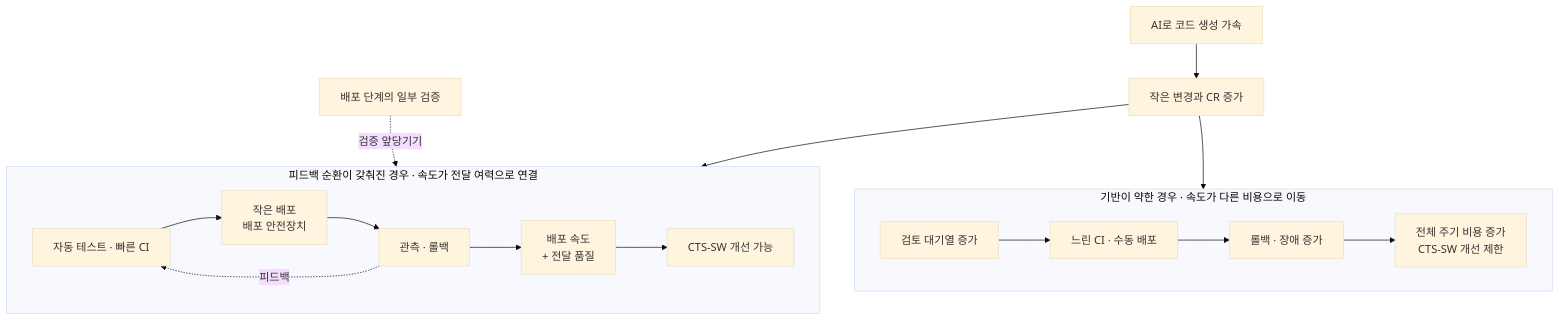
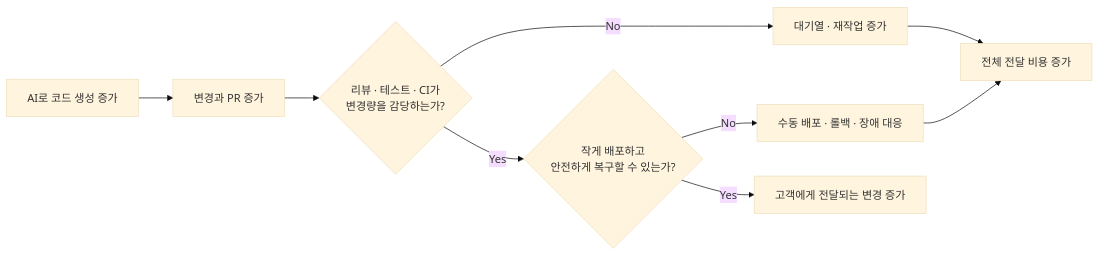
The diagram in _posts/2026-08-14-cts-sw-software-delivery-cost.md (haandol/haandol.github.com), drawn with Mermaid (base theme) before and after one commit. The commit also changed other lines of this file and 1 other file, not shown here.

````diff
--- a/_posts/2026-08-14-cts-sw-software-delivery-cost.md
+++ b/_posts/2026-08-14-cts-sw-software-delivery-cost.md
@@ -124,24 +68,11 @@
 ```mermaid
-flowchart TB
-    AI["AI로 코드 생성 가속"] --> CHANGE["작은 변경과 CR 증가"]
-
-    subgraph BAD["기반이 약한 경우 · 속도가 다른 비용으로 이동"]
-        direction LR
-        B1["검토 대기열 증가"] --> B2["느린 CI · 수동 배포"]
-        B2 --> B3["롤백 · 장애 증가"]
-        B3 --> B4["전체 주기 비용 증가<br/>CTS-SW 개선 제한"]
-    end
-
-    subgraph GOOD["피드백 순환이 갖춰진 경우 · 속도가 전달 여력으로 연결"]
-        direction LR
-        G1["자동 테스트 · 빠른 CI"] --> G2["작은 배포<br/>배포 안전장치"]
-        G2 --> G3["관측 · 롤백"]
-        G3 -. "피드백" .-> G1
-        G3 --> G4["배포 속도<br/>+ 전달 품질"]
-        G4 --> G5["CTS-SW 개선 가능"]
-    end
-
-    CHANGE --> B1
-    CHANGE --> G1
-    T["배포 단계의 일부 검증"] -. "검증 앞당기기" .-> G1
+flowchart LR
+    AI["AI로 코드 생성 증가"] --> CHANGE["변경과 PR 증가"]
+    CHANGE --> REVIEW{"리뷰 · 테스트 · CI가<br/>변경량을 감당하는가?"}
+    REVIEW -->|No| WAIT["대기열 · 재작업 증가"]
+    WAIT --> COST["전체 전달 비용 증가"]
+    REVIEW -->|Yes| DEPLOY{"작게 배포하고<br/>안전하게 복구할 수 있는가?"}
+    DEPLOY -->|No| OPS["수동 배포 · 롤백 · 장애 대응"]
+    OPS --> COST
+    DEPLOY -->|Yes| DELIVERY["고객에게 전달되는 변경 증가"]
 ```
````
